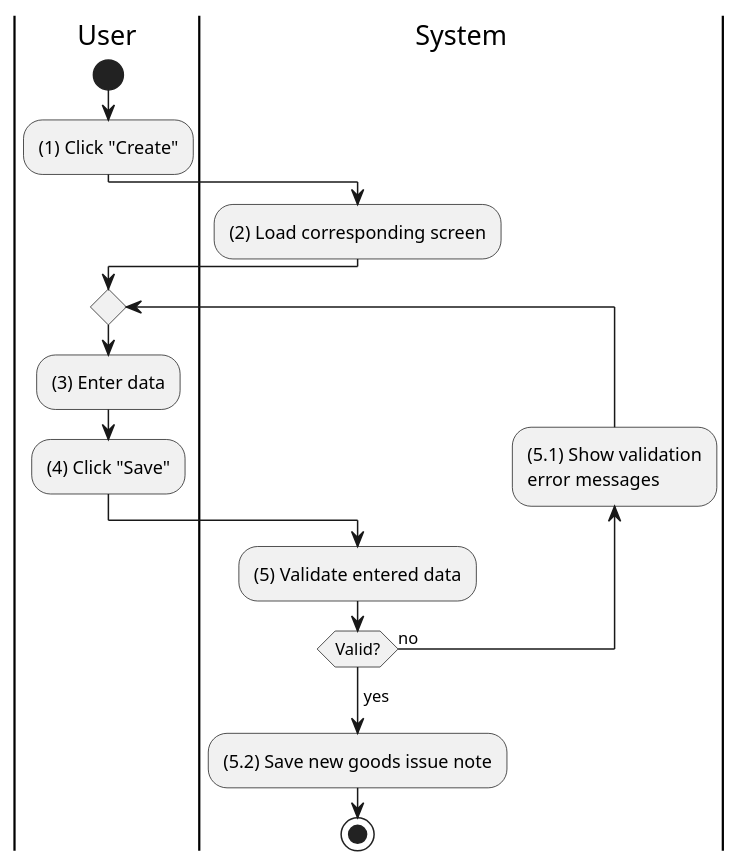
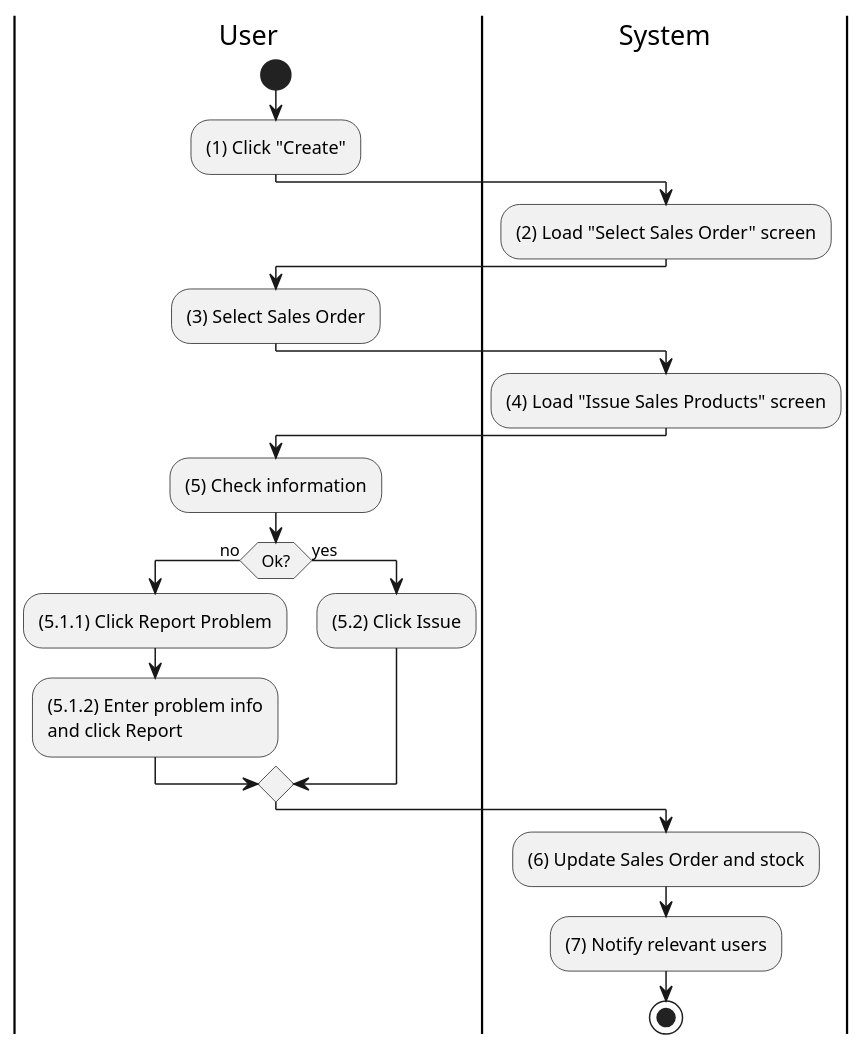
The diagram in activities/inventory-product-issue.plantuml (phihungha/scmss-reqs), drawn with PlantUML before and after one commit. The commit also changed 13 other files, not shown here.

```diff
--- a/activities/inventory-product-issue.plantuml
+++ b/activities/inventory-product-issue.plantuml
@@ -1,24 +1,34 @@
 @startuml inventory-product-issue
 |u|User
 |s|System
 
 |u|
 start
 :(1) Click "Create";
 
 |s|
-:(2) Load corresponding screen;
+:(2) Load "Select Sales Order" screen;
 
 |u|
-repeat
-    :(3) Enter data;
-    :(4) Click "Save";
-    |s|
-    :(5) Validate entered data;
-    backward:(5.1) Show validation
-    error messages;
-repeat while (Valid?) is (no)
-->yes;
-:(5.2) Save new goods issue note;
+:(3) Select Sales Order;
+
+|s|
+:(4) Load "Issue Sales Products" screen;
+
+|u|
+:(5) Check information;
+
+if (Ok?) then (no)
+    |u|
+    :(5.1.1) Click Report Problem;
+    :(5.1.2) Enter problem info\nand click Report;
+else (yes)
+    |u|
+    :(5.2) Click Issue;
+endif
+
+|s|
+:(6) Update Sales Order and stock;
+:(7) Notify relevant users;
 stop
 @enduml
```
